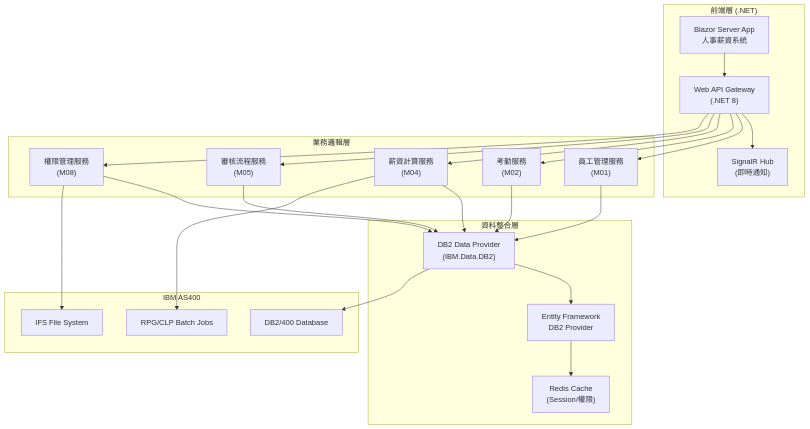
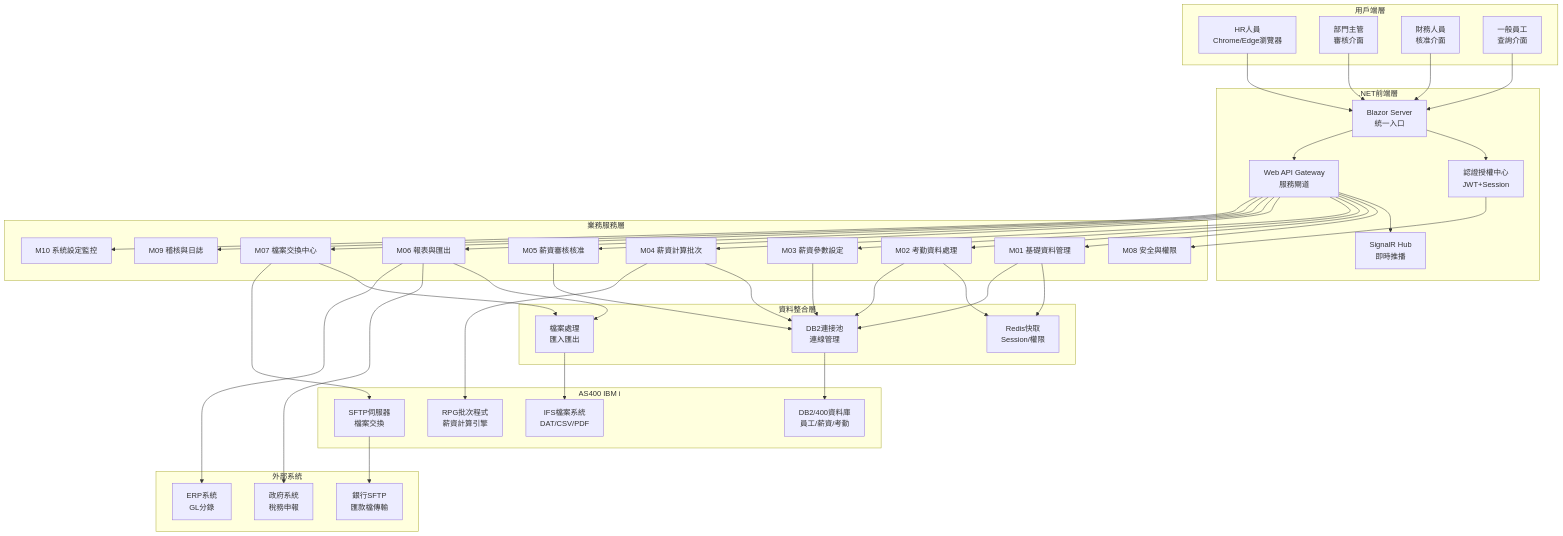
One commit to WK195838/NianXing changed the first of 21 diagrams in 年興紡織_人事薪資系統_NET前端開發規劃.md. Above: the diagram before and after it, drawn with Mermaid. The commit also changed other lines of this file, not shown here.

````diff
--- a/年興紡織_人事薪資系統_NET前端開發規劃.md
+++ b/年興紡織_人事薪資系統_NET前端開發規劃.md
@@ -41,48 +43,87 @@
 ```mermaid
 graph TB
-    subgraph "前端層 (.NET)"
-        A["Blazor Server App<br/>人事薪資系統"]
-        B["Web API Gateway<br/>(.NET 8)"]
-        C["SignalR Hub<br/>(即時通知)"]
+    subgraph "用戶端層"
+        UA["HR人員<br/>Chrome/Edge瀏覽器"]
+        UB["部門主管<br/>審核介面"]
+        UC["財務人員<br/>核准介面"]
+        UD["一般員工<br/>查詢介面"]
     end
     
-    subgraph "業務邏輯層"
-        D["員工管理服務<br/>(M01)"]
-        E["考勤服務<br/>(M02)"]
-        F["薪資計算服務<br/>(M04)"]
-        G["審核流程服務<br/>(M05)"]
-        H["權限管理服務<br/>(M08)"]
+    subgraph ".NET前端層"
+        WEB["Blazor Server<br/>統一入口"]
+        API["Web API Gateway<br/>服務閘道"]
+        SIG["SignalR Hub<br/>即時推播"]
+        AUTH["認證授權中心<br/>JWT+Session"]
+    end
+    
+    subgraph "業務服務層"
+        M01["M01 基礎資料管理"]
+        M02["M02 考勤資料處理"]
+        M03["M03 薪資參數設定"]
+        M04["M04 薪資計算批次"]
+        M05["M05 薪資審核核准"]
+        M06["M06 報表與匯出"]
+        M07["M07 檔案交換中心"]
+        M08["M08 安全與權限"]
+        M09["M09 稽核與日誌"]
+        M10["M10 系統設定監控"]
     end
     
     subgraph "資料整合層"
-        I["DB2 Data Provider<br/>(IBM.Data.DB2)"]
-        J["Entity Framework<br/>DB2 Provider"]
-        K["Redis Cache<br/>(Session/權限)"]
+        CACHE["Redis快取<br/>Session/權限"]
+        DB2CONN["DB2連接池<br/>連線管理"]
+        FILEPROC["檔案處理<br/>匯入匯出"]
     end
     
-    subgraph "IBM AS400"
-        L["DB2/400 Database"]
-        M["RPG/CLP Batch Jobs"]
-        N["IFS File System"]
+    subgraph "AS400 IBM i"
+        DB2["DB2/400資料庫<br/>員工/薪資/考勤"]
+        RPG["RPG批次程式<br/>薪資計算引擎"]
+        IFS["IFS檔案系統<br/>DAT/CSV/PDF"]
+        SFTP["SFTP伺服器<br/>檔案交換"]
     end
     
-    A --> B
-    B --> C
-    B --> D
-    B --> E
-    B --> F
-    B --> G
-    B --> H
+    subgraph "外部系統"
+        BANK["銀行SFTP<br/>匯款檔傳輸"]
+        GOV["政府系統<br/>稅務申報"]
+        ERP["ERP系統<br/>GL分錄"]
+    end
     
-    D --> I
-    E --> I
-    F --> I
-    G --> I
-    H --> I
+    UA --> WEB
+    UB --> WEB
+    UC --> WEB
+    UD --> WEB
     
-    I --> J
-    J --> K
-    I --> L
-    F --> M
-    H --> N
+    WEB --> AUTH
+    WEB --> API
+    API --> SIG
+    
+    AUTH --> M08
+    API --> M01
+    API --> M02
+    API --> M03
+    API --> M04
+    API --> M05
+    API --> M06
+    API --> M07
+    API --> M09
+    API --> M10
+    
+    M01 --> CACHE
+    M02 --> CACHE
+    M01 --> DB2CONN
+    M02 --> DB2CONN
+    M03 --> DB2CONN
+    M04 --> DB2CONN
+    M05 --> DB2CONN
+    M06 --> FILEPROC
+    M07 --> FILEPROC
+    
+    DB2CONN --> DB2
+    M04 --> RPG
+    FILEPROC --> IFS
+    M07 --> SFTP
+    
+    SFTP --> BANK
+    M06 --> GOV
+    M06 --> ERP
 ```
````
